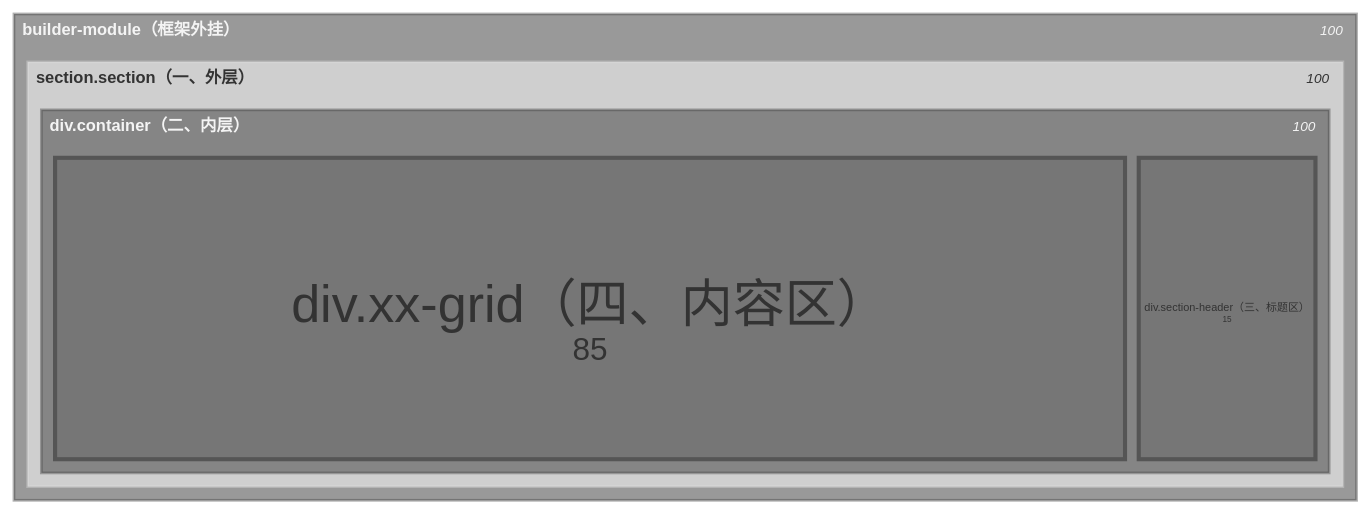
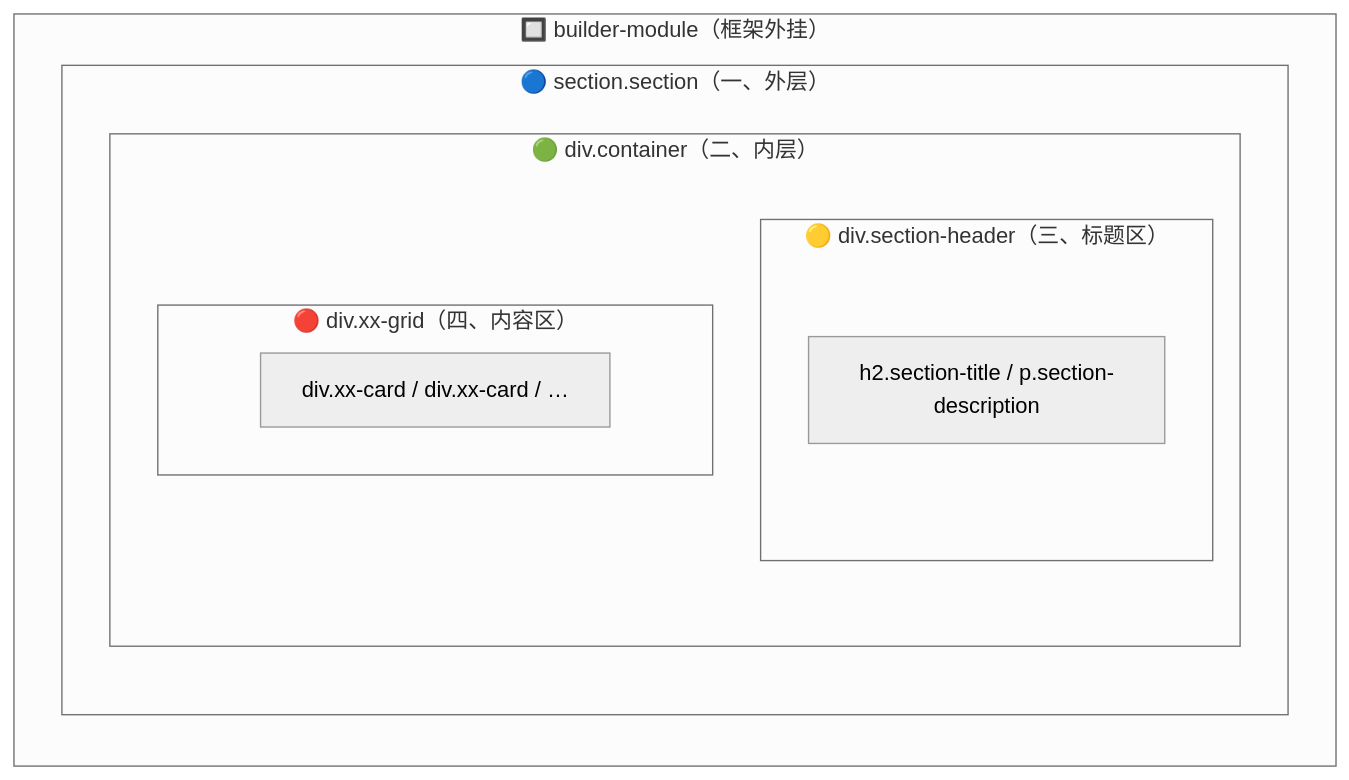
The diagram in .claude/skills/template-new-block/reference/block-structure.md (jjq-git/mycompany.website), drawn with Mermaid before and after one commit.

````diff
--- a/.claude/skills/template-new-block/reference/block-structure.md
+++ b/.claude/skills/template-new-block/reference/block-structure.md
@@ -25,12 +25,22 @@
 ```mermaid
 ---
 config:
   theme: neutral
 ---
-treemap-beta
-"builder-module（框架外挂）"
-    "section.section（一、外层）"
-        "div.container（二、内层）"
-            "div.section-header（三、标题区）": 15
-            "div.xx-grid（四、内容区）": 85
+flowchart TB
+    subgraph bm["🔲 builder-module（框架外挂）"]
+        direction TB
+        subgraph sec["🔵 section.section（一、外层）"]
+            direction TB
+            subgraph con["🟢 div.container（二、内层）"]
+                direction TB
+                subgraph sh["🟡 div.section-header（三、标题区）"]
+                    title["h2.section-title / p.section-description"]
+                end
+                subgraph grid["🔴 div.xx-grid（四、内容区）"]
+                    cards["div.xx-card / div.xx-card / …"]
+                end
+            end
+        end
+    end
 ```
````
